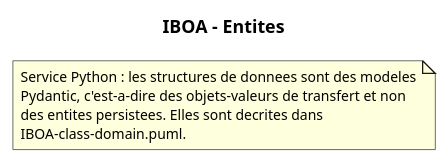
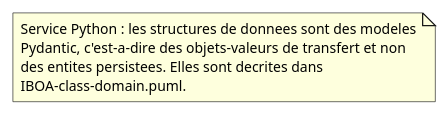
Before and after one commit to saber-barhoumi/Xpark-gmao: the diagram in docs/diagrams/microservices/IBOA/IBOA-entities.puml, drawn with PlantUML.

Commit message:
docs(uml): titre residuel retire de IBOA-entities

```diff
--- a/docs/diagrams/microservices/IBOA/IBOA-entities.puml
+++ b/docs/diagrams/microservices/IBOA/IBOA-entities.puml
@@ -1,18 +1,17 @@
 @startuml
 skinparam style strictuml
 skinparam packageStyle rectangle
 skinparam classAttributeIconSize 0
 skinparam shadowing false
 skinparam defaultFontName Verdana
 skinparam defaultFontSize 11
 skinparam backgroundColor #FFFFFF
 hide empty members
-title IBOA - Entites
 note as N
   Service Python : les structures de donnees sont des modeles
   Pydantic, c'est-a-dire des objets-valeurs de transfert et non
   des entites persistees. Elles sont decrites dans
   IBOA-class-domain.puml.
 end note
 
 @enduml
```
